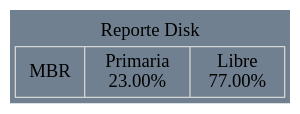
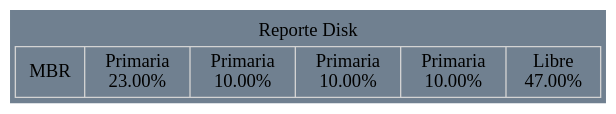
Before and after one commit to Edwinhndz/MIA_2S_P1_201807124: the diagram in Proyecto1/Reportes/ReporteDisk.dot, drawn with Graphviz. The commit also changed 16 other files, not shown here.

```diff
--- a/Proyecto1/Reportes/ReporteDisk.dot
+++ b/Proyecto1/Reportes/ReporteDisk.dot
@@ -1,2 +1,2 @@
-digraph grid {bgcolor="slategrey" label=" Reporte Disk "layout=dot labelloc = "t"edge [weigth=1000 style=dashed color=red4 dir = "both" arrowtail="open" arrowhead="open"]node[shape=record, color=lightgrey]a0[label="MBR|Primaria\n23.00%\n|Libre\n77.00%\n"];
+digraph grid {bgcolor="slategrey" label=" Reporte Disk "layout=dot labelloc = "t"edge [weigth=1000 style=dashed color=red4 dir = "both" arrowtail="open" arrowhead="open"]node[shape=record, color=lightgrey]a0[label="MBR|Primaria\n23.00%\n|Primaria\n10.00%\n|Primaria\n10.00%\n|Primaria\n10.00%\n|Libre\n47.00%\n"];
 }
```
